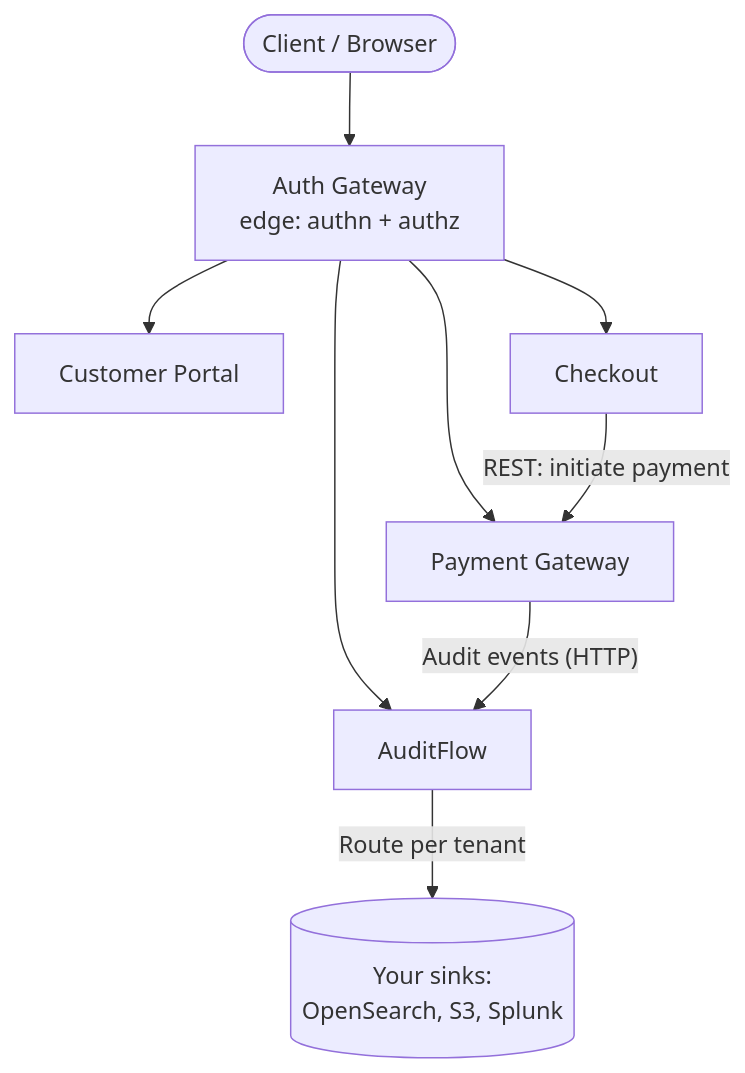
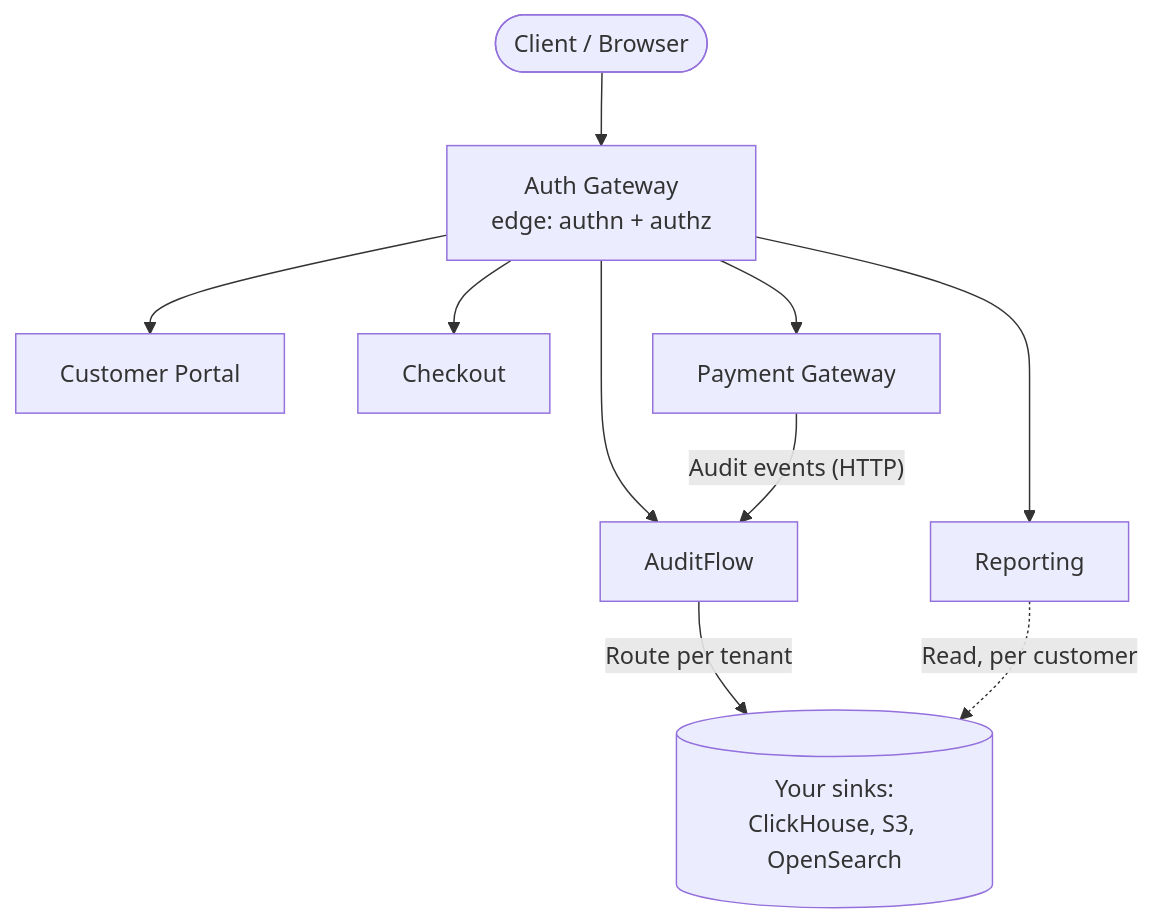
The diagram in introduction/index.md (Labs64/labs64.io-docs), drawn with Mermaid before and after one commit. The commit also changed other lines of this file and 51 other files, not shown here.

Commit message:
Make the public docs the primary architecture and module reference

````diff
--- a/introduction/index.md
+++ b/introduction/index.md
@@ -29,12 +32,13 @@
 ```mermaid
 flowchart TB
   Client(["Client / Browser"]) --> AG["Auth Gateway<br/>edge: authn + authz"]
   AG --> CP[Customer Portal]
   AG --> CO[Checkout]
   AG --> PG[Payment Gateway]
   AG --> AF[AuditFlow]
+  AG --> RP[Reporting]
 
-  CO -->|"REST: initiate payment"| PG
   PG -->|"Audit events (HTTP)"| AF
-  AF -->|"Route per tenant"| SINKS[("Your sinks:<br/>OpenSearch, S3, Splunk")]
+  AF -->|"Route per tenant"| SINKS[("Your sinks:<br/>ClickHouse, S3, OpenSearch")]
+  RP -.->|"Read, per customer"| SINKS
 ```
````
